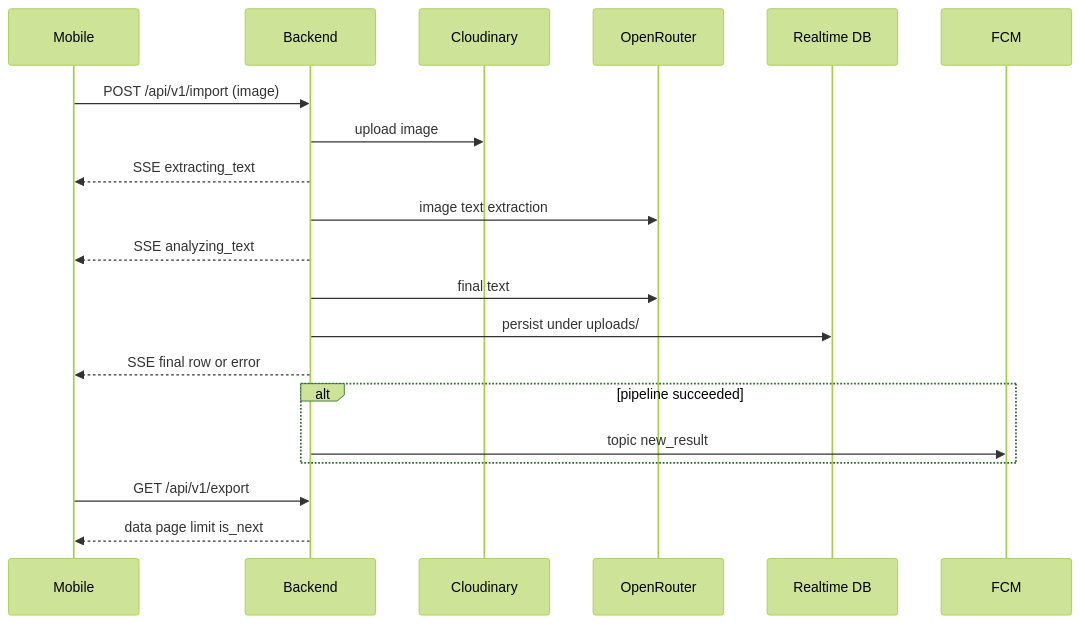
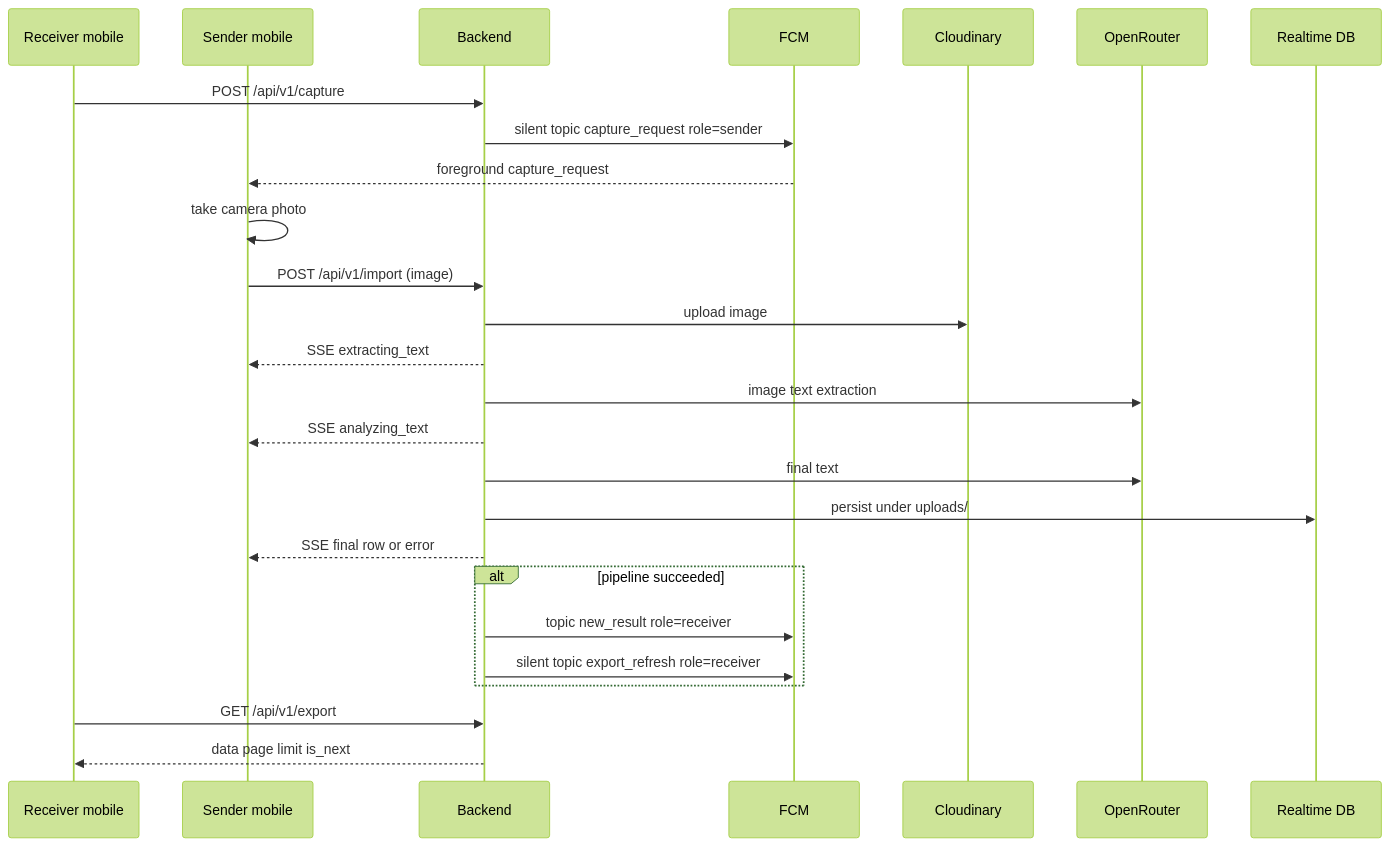
Before and after one commit to lowjungxuandev/GRIM: the diagram in docs/workflow.md, drawn with Mermaid (forest theme). The commit also changed other lines of this file and 110 other files, not shown here.

First line of the commit message:
feat: FCM capture flow, mobile grid and image viewer, extract prompt fixes

````diff
--- a/docs/workflow.md
+++ b/docs/workflow.md
@@ -14,22 +16,28 @@
 ```mermaid
 sequenceDiagram
-  participant M as Mobile
+  participant RCV as Receiver mobile
+  participant SND as Sender mobile
   participant B as Backend
+  participant F as FCM
   participant C as Cloudinary
   participant O as OpenRouter
-  participant R as Realtime DB
-  participant F as FCM
-  M->>B: POST /api/v1/import (image)
+  participant DB as Realtime DB
+  RCV->>B: POST /api/v1/capture
+  B->>F: silent topic capture_request role=sender
+  F-->>SND: foreground capture_request
+  SND->>SND: take camera photo
+  SND->>B: POST /api/v1/import (image)
   B->>C: upload image
-  B-->>M: SSE extracting_text
+  B-->>SND: SSE extracting_text
   B->>O: image text extraction
-  B-->>M: SSE analyzing_text
+  B-->>SND: SSE analyzing_text
   B->>O: final text
-  B->>R: persist under uploads/
-  B-->>M: SSE final row or error
+  B->>DB: persist under uploads/
+  B-->>SND: SSE final row or error
   alt pipeline succeeded
-    B->>F: topic new_result
+    B->>F: topic new_result role=receiver
+    B->>F: silent topic export_refresh role=receiver
   end
-  M->>B: GET /api/v1/export
-  B-->>M: data page limit is_next
+  RCV->>B: GET /api/v1/export
+  B-->>RCV: data page limit is_next
 ```
````
